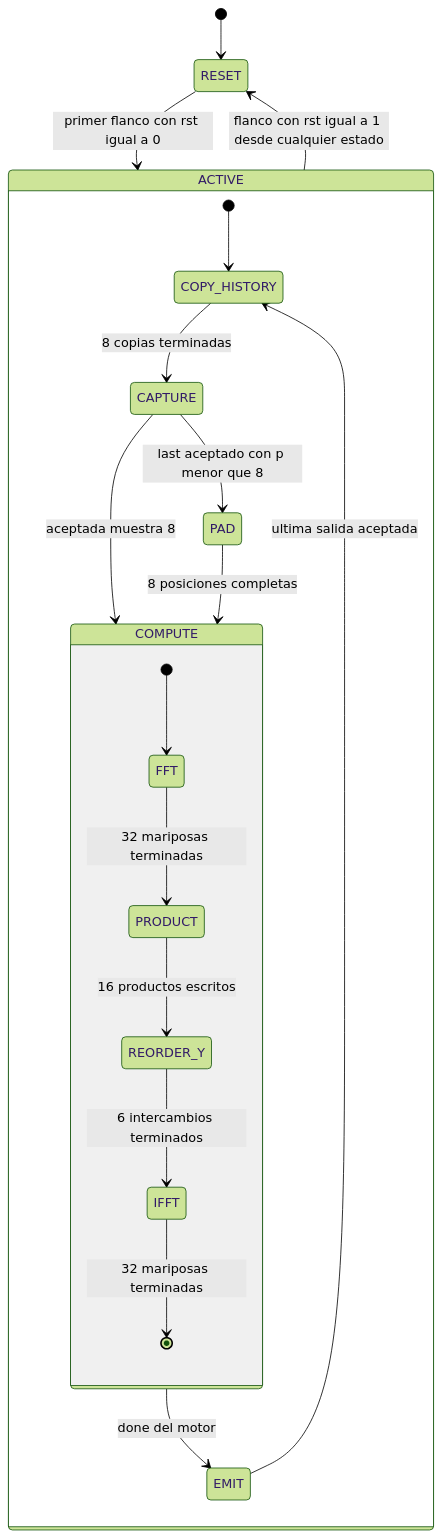
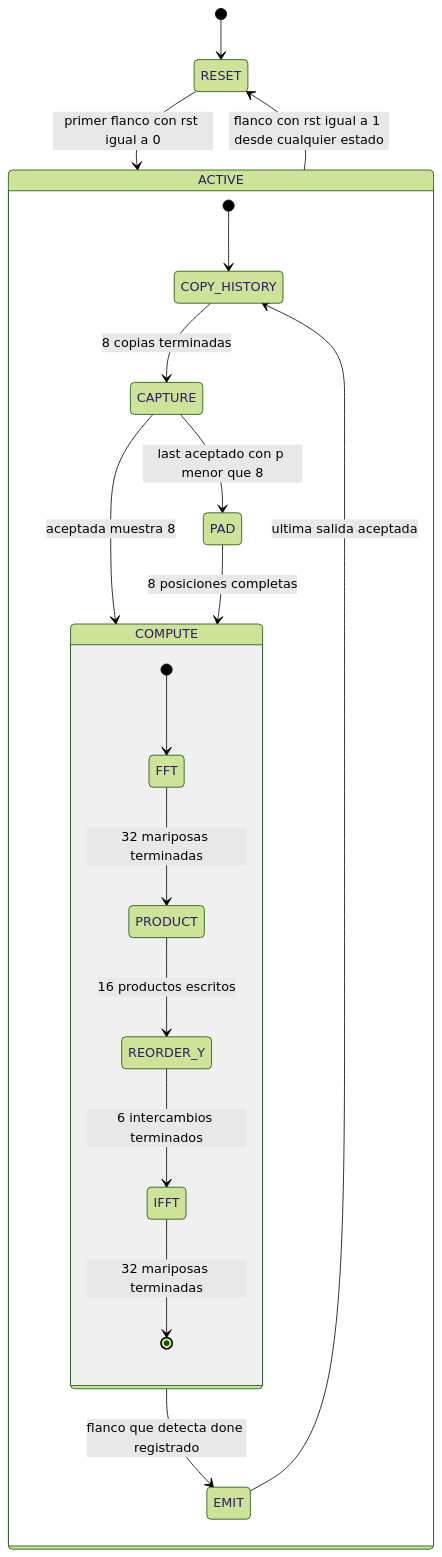
One commit to EnzoFernandezz11/rrc-fir-rtl changed the second of 2 diagrams in docs/arquitectura-rtl-frecuencia-serial.md. Above: the diagram before and after it, drawn with Mermaid (forest theme). The commit also changed other lines of this file and 4 other files, not shown here.

````diff
--- a/docs/arquitectura-rtl-frecuencia-serial.md
+++ b/docs/arquitectura-rtl-frecuencia-serial.md
@@ -134,26 +213,26 @@
 ```mermaid
 stateDiagram-v2
     [*] --> RESET
     RESET --> ACTIVE: primer flanco con rst igual a 0
 
     state ACTIVE {
         [*] --> COPY_HISTORY
         COPY_HISTORY --> CAPTURE: 8 copias terminadas
         CAPTURE --> PAD: last aceptado con p menor que 8
         CAPTURE --> COMPUTE: aceptada muestra 8
         PAD --> COMPUTE: 8 posiciones completas
 
         state COMPUTE {
             [*] --> FFT
             FFT --> PRODUCT: 32 mariposas terminadas
             PRODUCT --> REORDER_Y: 16 productos escritos
             REORDER_Y --> IFFT: 6 intercambios terminados
             IFFT --> [*]: 32 mariposas terminadas
         }
 
-        COMPUTE --> EMIT: done del motor
+        COMPUTE --> EMIT: flanco que detecta done registrado
         EMIT --> COPY_HISTORY: ultima salida aceptada
     }
 
     ACTIVE --> RESET: flanco con rst igual a 1 desde cualquier estado
 ```
````
